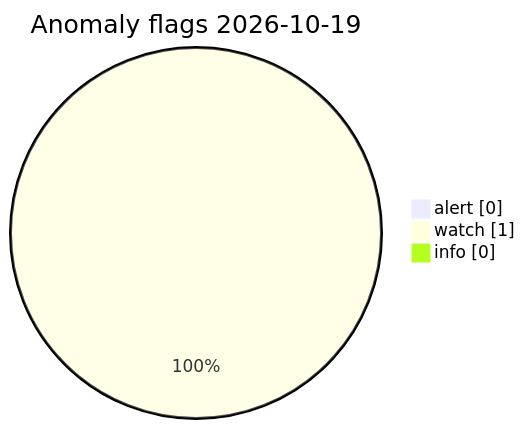
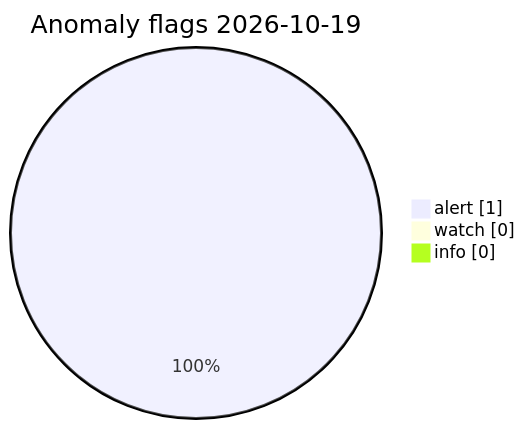
Before and after one commit to Midwest-Stratospheric/Unified-Open-Global-Weather: the diagram in visuals/latest/CHARTS.md, drawn with Mermaid. The commit also changed other lines of this file and 11 other files, not shown here.

Commit message:
data(visuals): automated charts 2026-10-19T16:38Z

````diff
--- a/visuals/latest/CHARTS.md
+++ b/visuals/latest/CHARTS.md
@@ -73,7 +73,7 @@
 ```mermaid
 pie showData
   title Anomaly flags 2026-10-19
-  "alert" : 0
-  "watch" : 1
+  "alert" : 1
+  "watch" : 0
   "info" : 0
 ```
````
